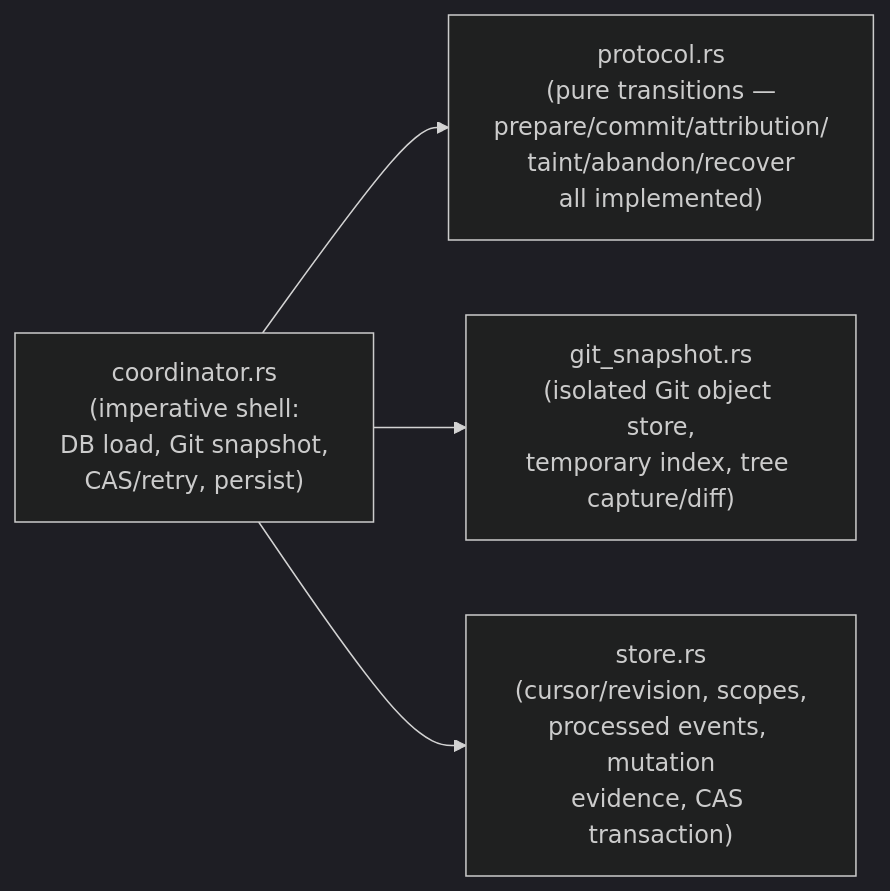
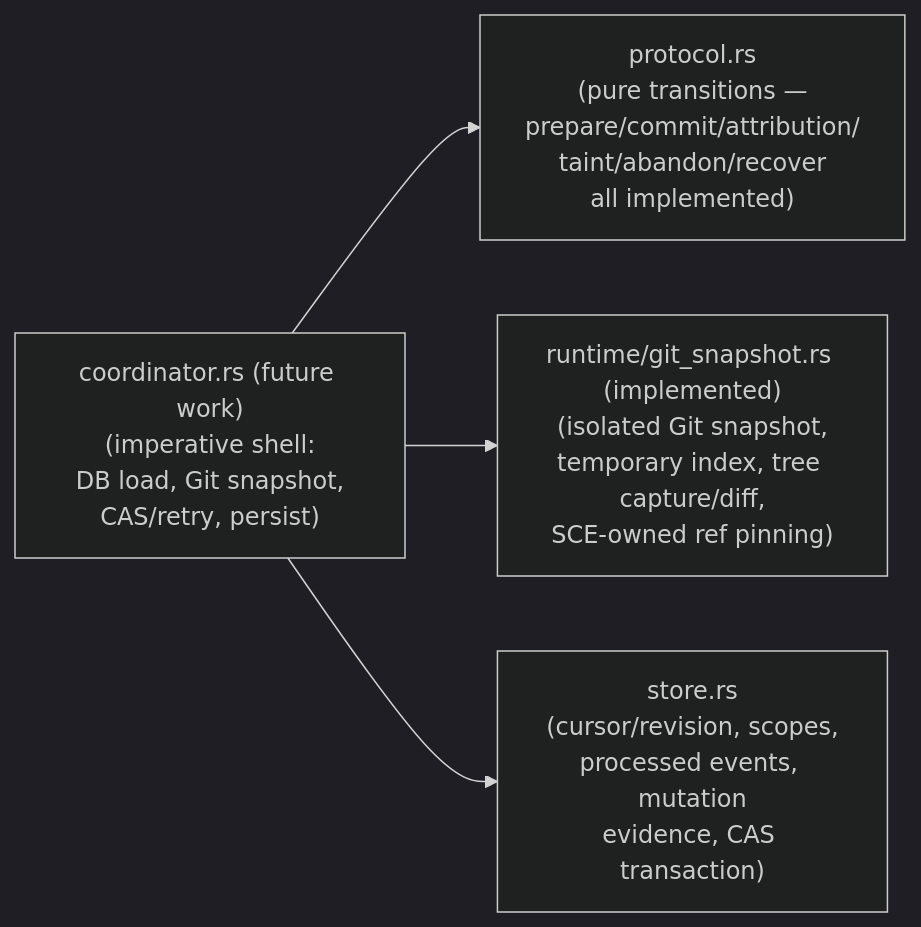
One commit to crocoder-dev/shared-context-engineering changed the diagram in context/cli/mutation-trace-protocol.md. Above: the diagram before and after it, drawn with Mermaid (dark theme). The commit also changed other lines of this file and 6 other files, not shown here.

First line of the commit message:
runtime: Add isolated Git snapshot service with ref-pinned trees

````diff
--- a/context/cli/mutation-trace-protocol.md
+++ b/context/cli/mutation-trace-protocol.md
@@ -218,11 +219,11 @@
 ```mermaid
 flowchart LR
-    coordinator["coordinator.rs\n(imperative shell:\nDB load, Git snapshot,\nCAS/retry, persist)"]
+    coordinator["coordinator.rs (future work)\n(imperative shell:\nDB load, Git snapshot,\nCAS/retry, persist)"]
     protocol["protocol.rs\n(pure transitions —\nprepare/commit/attribution/\ntaint/abandon/recover\nall implemented)"]
-    git_snapshot["git_snapshot.rs\n(isolated Git object store,\ntemporary index, tree capture/diff)"]
+    git_snapshot["runtime/git_snapshot.rs (implemented)\n(isolated Git snapshot,\ntemporary index, tree capture/diff,\nSCE-owned ref pinning)"]
     store["store.rs\n(cursor/revision, scopes,\nprocessed events, mutation\nevidence, CAS transaction)"]
 
     coordinator --> protocol
     coordinator --> git_snapshot
     coordinator --> store
 ```
````
